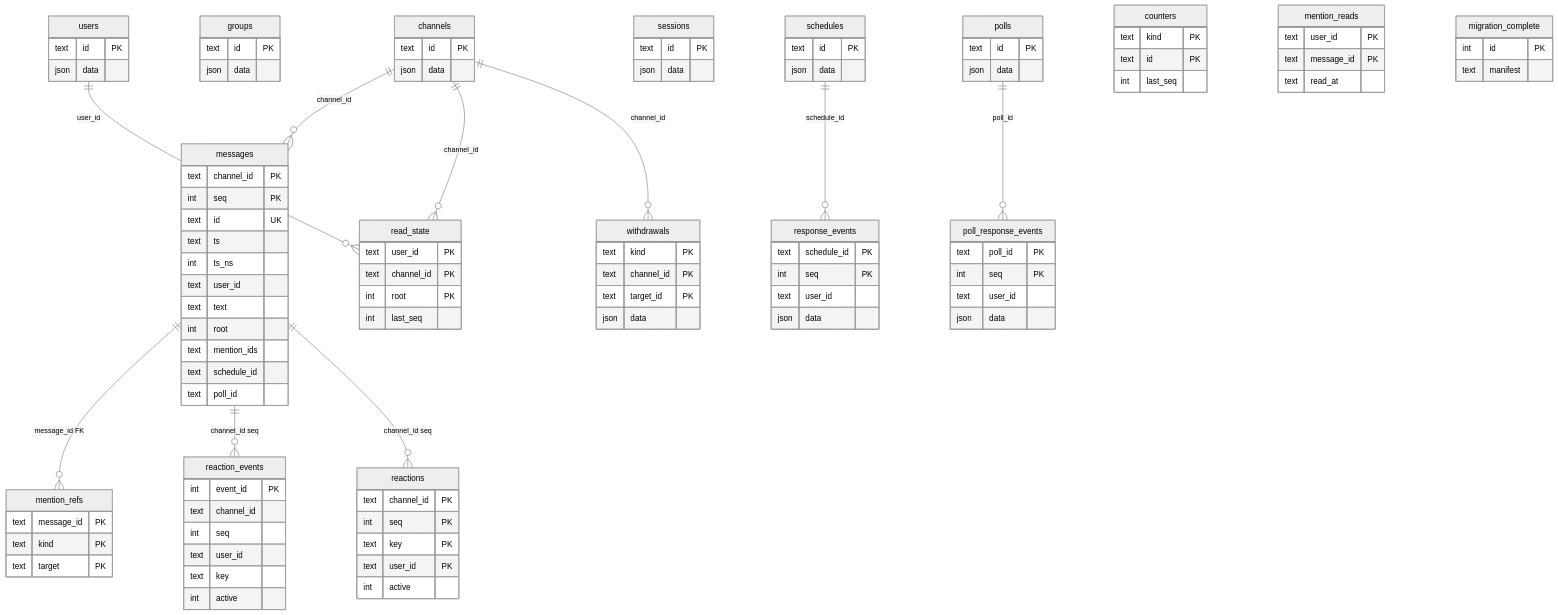
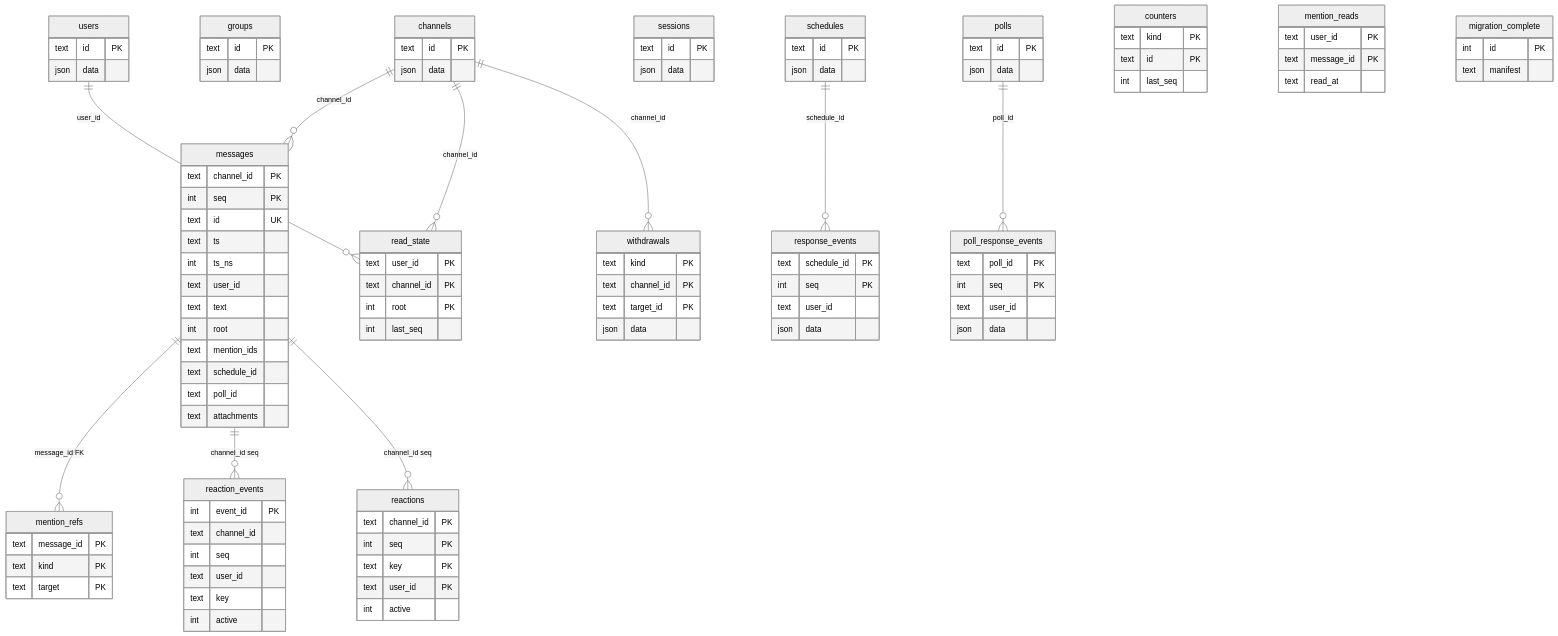
The second of 3 diagrams in docs/data-model.md (masapico/minihub), drawn with Mermaid (neutral theme) before and after one commit. The commit also changed other lines of this file and 24 other files, not shown here.

```diff
--- a/docs/data-model.md
+++ b/docs/data-model.md
@@ -143,6 +144,7 @@
         text mention_ids
         text schedule_id
         text poll_id
+        text attachments
     }
     mention_refs {
         text message_id PK
```
